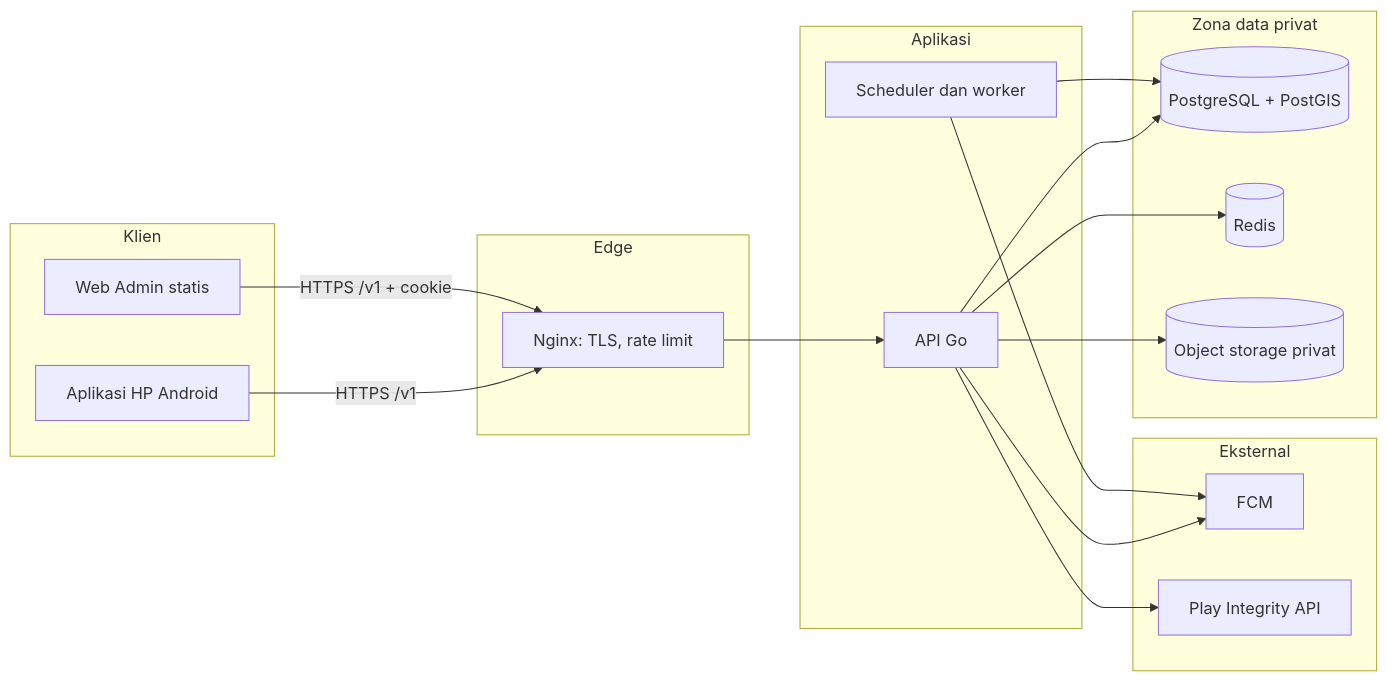
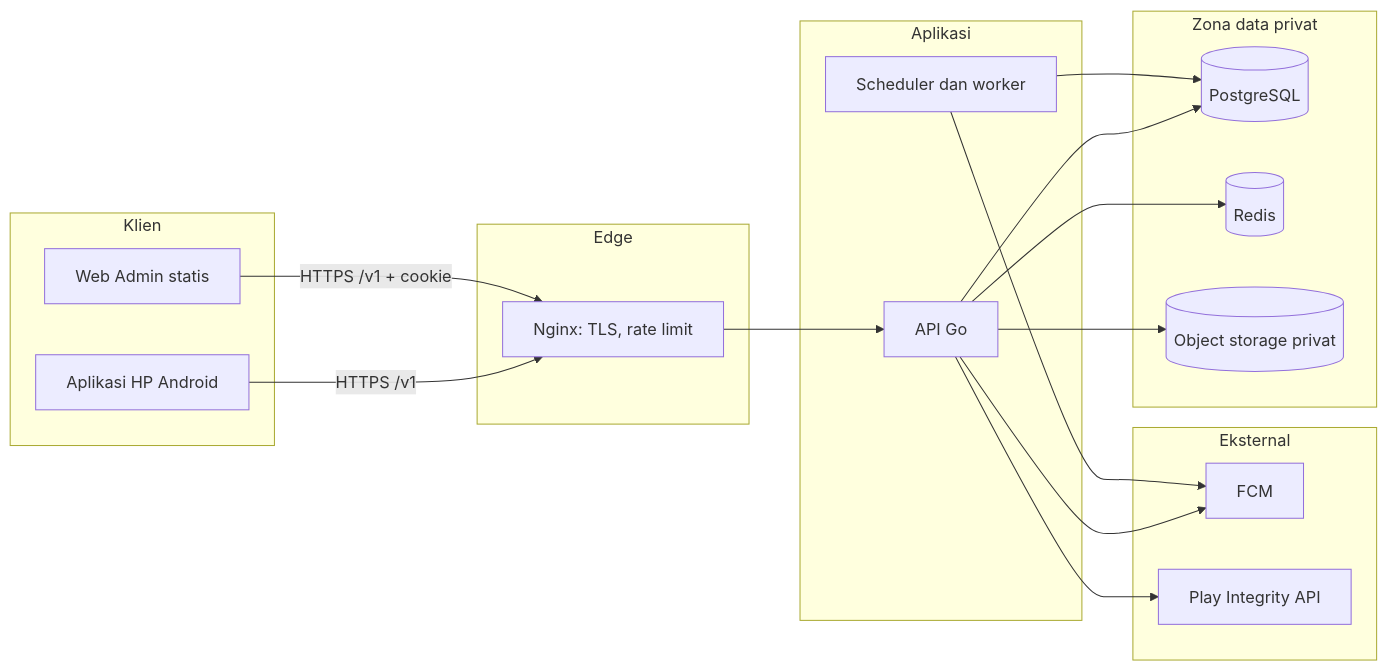
The first of 29 diagrams in MASTER.md (rzarxx/HRIS), drawn with Mermaid before and after one commit. The commit also changed other lines of this file and 32 other files, not shown here.

````diff
--- a/MASTER.md
+++ b/MASTER.md
@@ -728,33 +772,33 @@
 ```mermaid
 flowchart LR
     subgraph Klien
         M["Aplikasi HP Android"]
         W["Web Admin statis"]
     end
     subgraph Edge
         N["Nginx: TLS, rate limit"]
     end
     subgraph Aplikasi
         A["API Go"]
         J["Scheduler dan worker"]
     end
     subgraph Data["Zona data privat"]
-        P[("PostgreSQL + PostGIS")]
+        P[("PostgreSQL")]
         R[("Redis")]
         S[("Object storage privat")]
     end
     subgraph Eksternal
         F["FCM"]
         G["Play Integrity API"]
     end
     M -->|"HTTPS /v1"| N
     W -->|"HTTPS /v1 + cookie"| N
     N --> A
     A --> P
     A --> R
     A --> S
     A --> F
     A --> G
     J --> P
     J --> F
 ```
````
